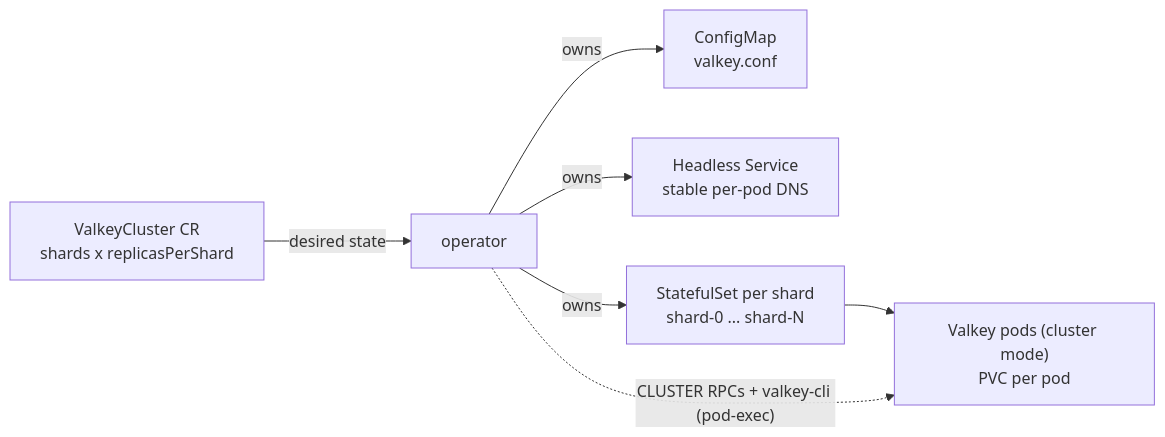
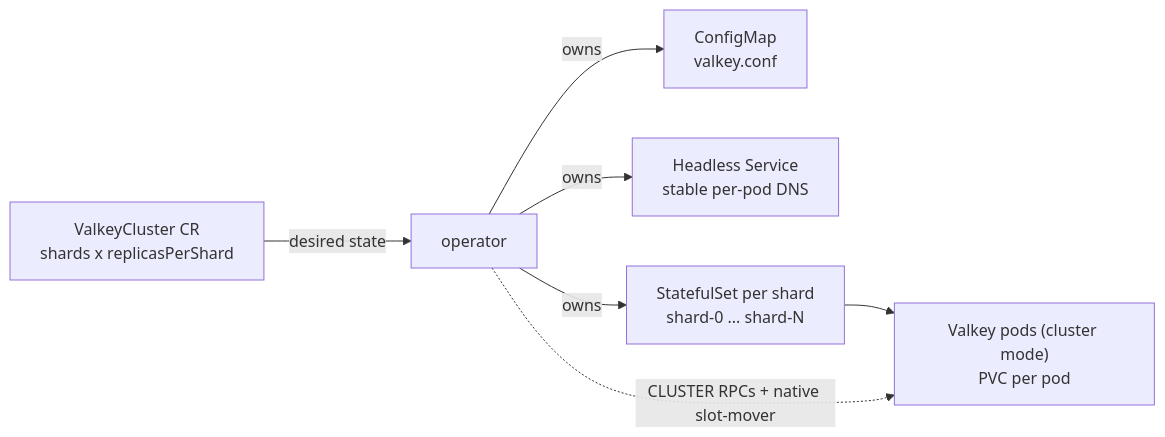
Before and after one commit to razkevich/valkeycluster-operator: the diagram in docs/walkthrough.md, drawn with Mermaid. The commit also changed other lines of this file and 7 other files, not shown here.

````diff
--- a/docs/walkthrough.md
+++ b/docs/walkthrough.md
@@ -58,9 +13,9 @@
 ```mermaid
 flowchart LR
   CR["ValkeyCluster CR<br/>shards x replicasPerShard"] -->|desired state| OP["operator"]
   OP -->|owns| CM["ConfigMap<br/>valkey.conf"]
   OP -->|owns| SVC["Headless Service<br/>stable per-pod DNS"]
   OP -->|owns| STS["StatefulSet per shard<br/>shard-0 ... shard-N"]
   STS --> POD["Valkey pods (cluster mode)<br/>PVC per pod"]
-  OP -.->|"CLUSTER RPCs + valkey-cli (pod-exec)"| POD
+  OP -.->|"CLUSTER RPCs + native slot-mover"| POD
 ```
````
